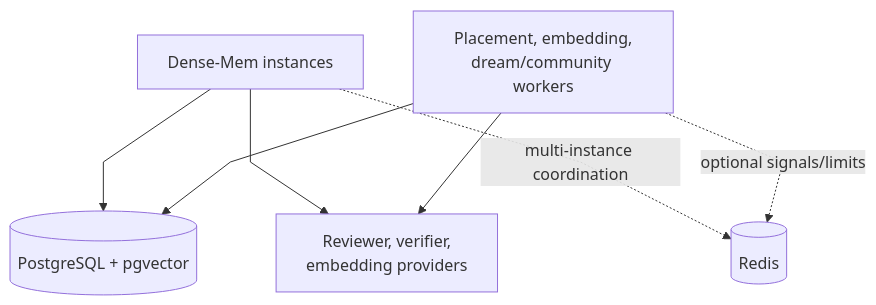
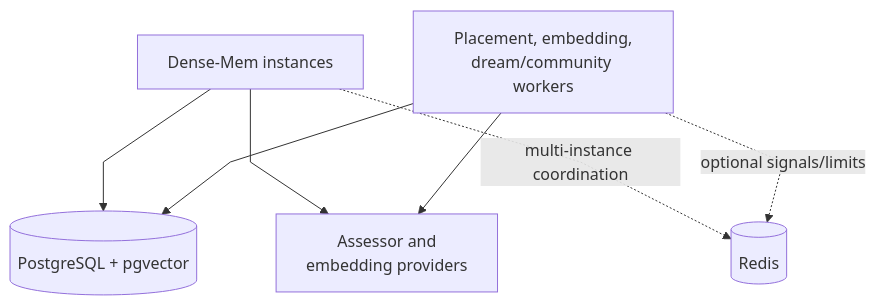
The first of 10 diagrams in Operations-Runbook.md (markhuangai/dense-mem), drawn with Mermaid before and after one commit. The commit also changed other lines of this file and 24 other files, not shown here.

Commit message:
Document V2.4 one-call placement architecture

````diff
--- a/Operations-Runbook.md
+++ b/Operations-Runbook.md
@@ -17,10 +17,10 @@
 ```mermaid
 %%{init: {"flowchart": {"curve": "linear"}}}%%
 flowchart TB
   Server["Dense-Mem instances"] --> PG[("PostgreSQL + pgvector")]
-  Server --> AI["Reviewer, verifier,<br/>embedding providers"]
+  Server --> AI["Assessor and<br/>embedding providers"]
   Server -. "multi-instance coordination" .-> Redis[("Redis")]
   Workers["Placement, embedding,<br/>dream/community workers"] --> PG
   Workers --> AI
   Workers -. "optional signals/limits" .-> Redis
 ```
````
